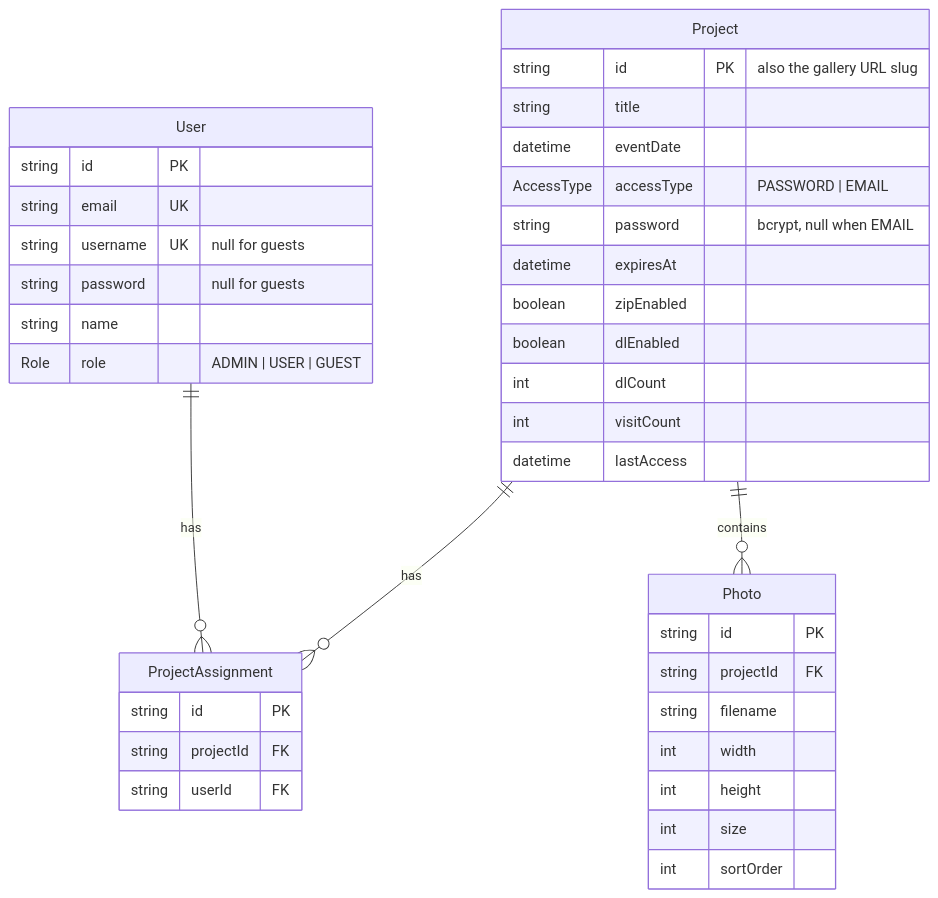
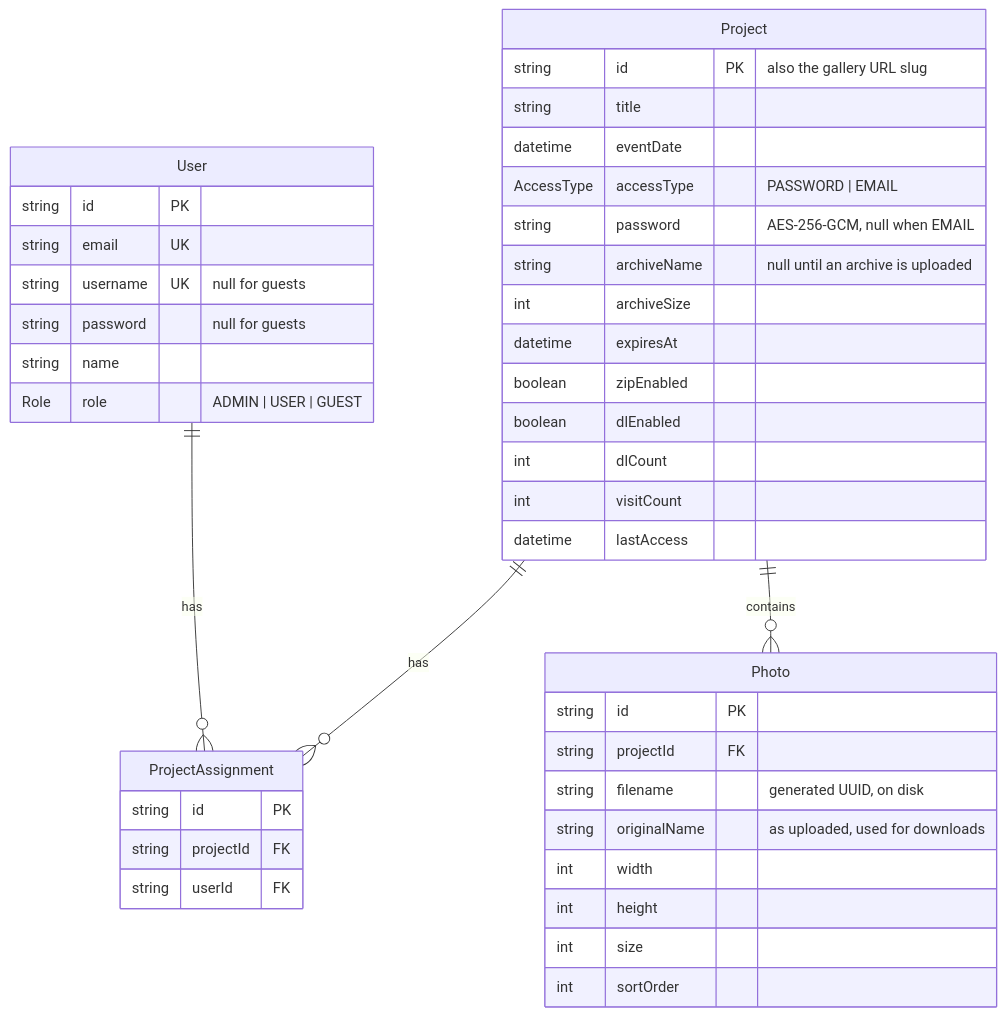
The first of 3 diagrams in ARCHITECTURE.md (Geobusteni/photolib), drawn with Mermaid before and after one commit. The commit also changed other lines of this file and 31 other files, not shown here.

````diff
--- a/ARCHITECTURE.md
+++ b/ARCHITECTURE.md
@@ -123,42 +123,45 @@
 ```mermaid
 erDiagram
     User ||--o{ ProjectAssignment : has
     Project ||--o{ ProjectAssignment : has
     Project ||--o{ Photo : contains
 
     User {
         string id PK
         string email UK
         string username UK "null for guests"
         string password "null for guests"
         string name
         Role role "ADMIN | USER | GUEST"
     }
     Project {
         string id PK "also the gallery URL slug"
         string title
         datetime eventDate
         AccessType accessType "PASSWORD | EMAIL"
-        string password "bcrypt, null when EMAIL"
+        string password "AES-256-GCM, null when EMAIL"
+        string archiveName "null until an archive is uploaded"
+        int archiveSize
         datetime expiresAt
         boolean zipEnabled
         boolean dlEnabled
         int dlCount
         int visitCount
         datetime lastAccess
     }
     ProjectAssignment {
         string id PK
         string projectId FK
         string userId FK
     }
     Photo {
         string id PK
         string projectId FK
-        string filename
+        string filename "generated UUID, on disk"
+        string originalName "as uploaded, used for downloads"
         int width
         int height
         int size
         int sortOrder
     }
 ```
````
